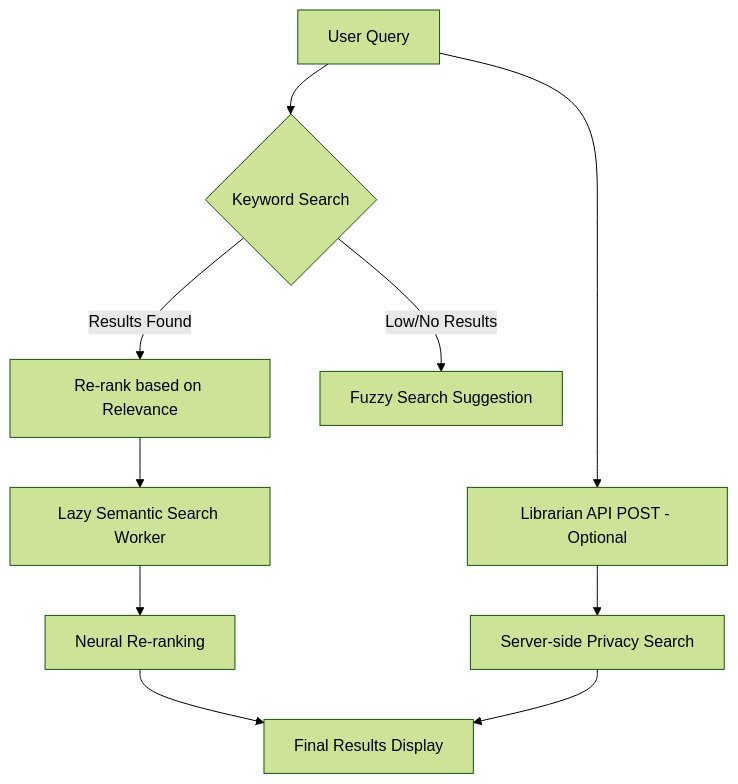
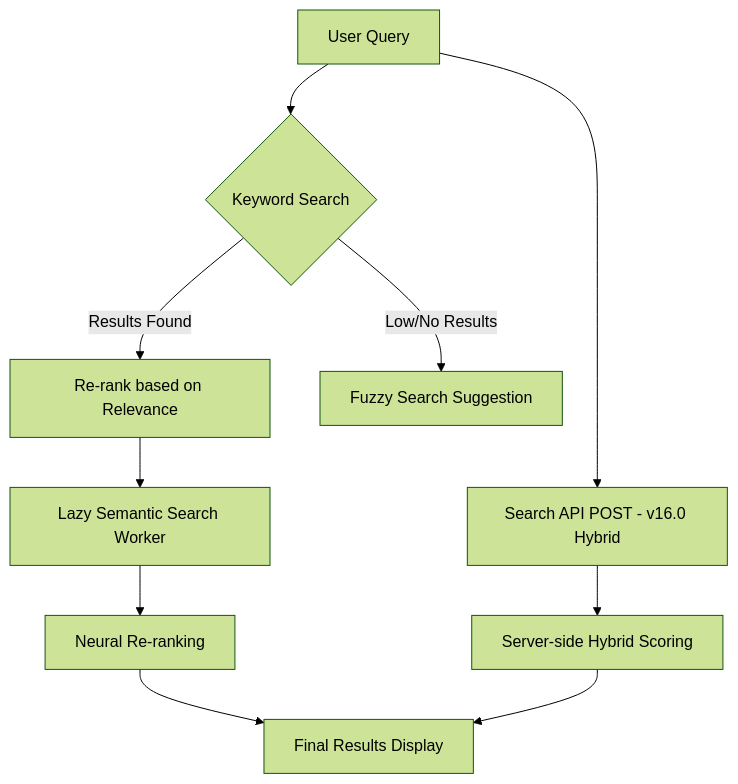
Before and after one commit to jerdaw/careconnect: the first of 2 diagrams in docs/architecture.md, drawn with Mermaid (forest theme). The commit also changed other lines of this file and 21 other files, not shown here.

````diff
--- a/docs/architecture.md
+++ b/docs/architecture.md
@@ -33,12 +33,12 @@
 ```mermaid
 graph TD
     A[User Query] --> B{Keyword Search}
     B -- Results Found --> C[Re-rank based on Relevance]
     B -- Low/No Results --> D[Fuzzy Search Suggestion]
     C --> E[Lazy Semantic Search Worker]
     E --> F[Neural Re-ranking]
     F --> G[Final Results Display]
-    A --> H[Librarian API POST - Optional]
-    H --> I[Server-side Privacy Search]
+    A --> H[Search API POST - v16.0 Hybrid]
+    H --> I[Server-side Hybrid Scoring]
     I --> G
 ```
````
